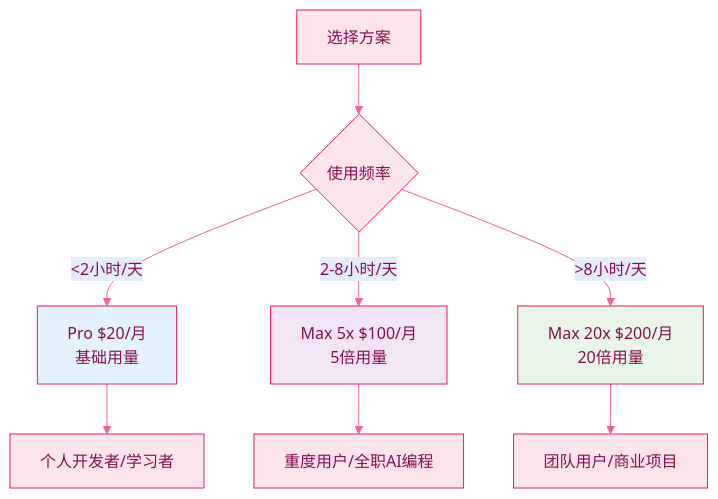
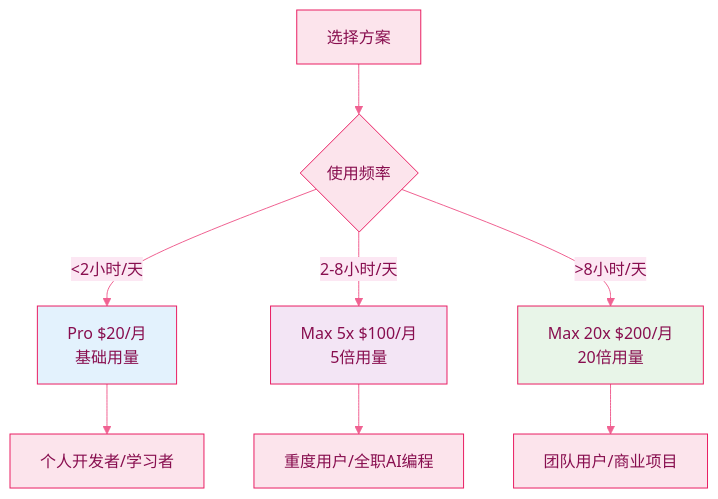
The tenth of 19 diagrams in docs/claude/ClaudeCodeAI编程完全指南.md (microwind/ai-skills), drawn with Mermaid before and after one commit. The commit also changed other lines of this file and 1 other file, not shown here.

````diff
--- a/docs/claude/ClaudeCodeAI编程完全指南.md
+++ b/docs/claude/ClaudeCodeAI编程完全指南.md
@@ -254,16 +283,16 @@
 ```mermaid
-%%{init: {'theme': 'base', 'themeVariables': { 'primaryColor': '#fce4ec', 'primaryTextColor': '#880e4f', 'primaryBorderColor': '#e91e63', 'lineColor': '#f06292', 'fillType0': '#f8bbd9', 'fillType1': '#f48fb1', 'fillType2': '#f06292' }}}%%
+%%{init: {'theme': 'base', 'themeVariables': { 'background': '#fdf2f8', 'secondaryColor': '#fce7f3', 'tertiaryColor': '#fbcfe8', 'primaryColor': '#fce4ec', 'primaryTextColor': '#880e4f', 'primaryBorderColor': '#e91e63', 'lineColor': '#f06292', 'fillType0': '#f8bbd9', 'fillType1': '#f48fb1', 'fillType2': '#f06292' }}}%%
 graph TD
     A[选择方案] --> B{使用频率}
     B -->|<2小时/天| C[Pro $20/月<br>基础用量]
     B -->|2-8小时/天| D[Max 5x $100/月<br>5倍用量]
     B -->|>8小时/天| E[Max 20x $200/月<br>20倍用量]
     
     C --> F[个人开发者/学习者]
     D --> G[重度用户/全职AI编程]
     E --> H[团队用户/商业项目]
     
     style C fill:#e3f2fd
     style D fill:#f3e5f5
     style E fill:#e8f5e8
 ```
````
